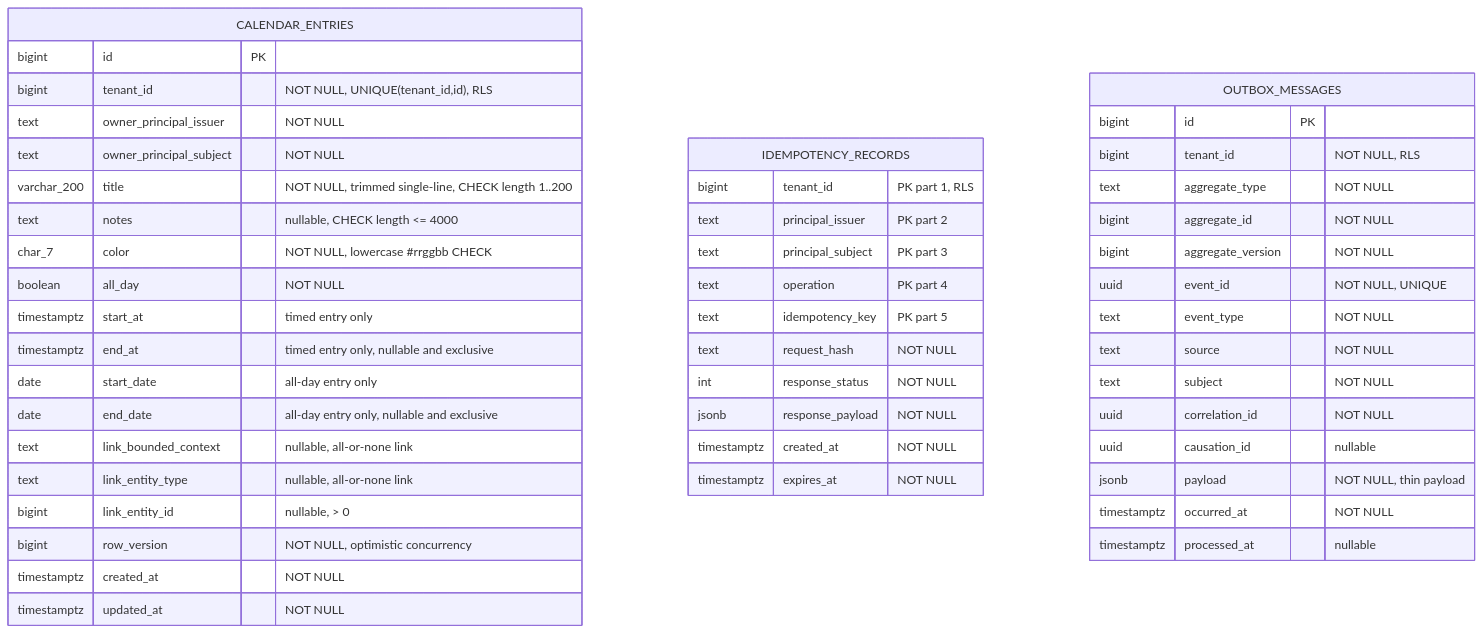
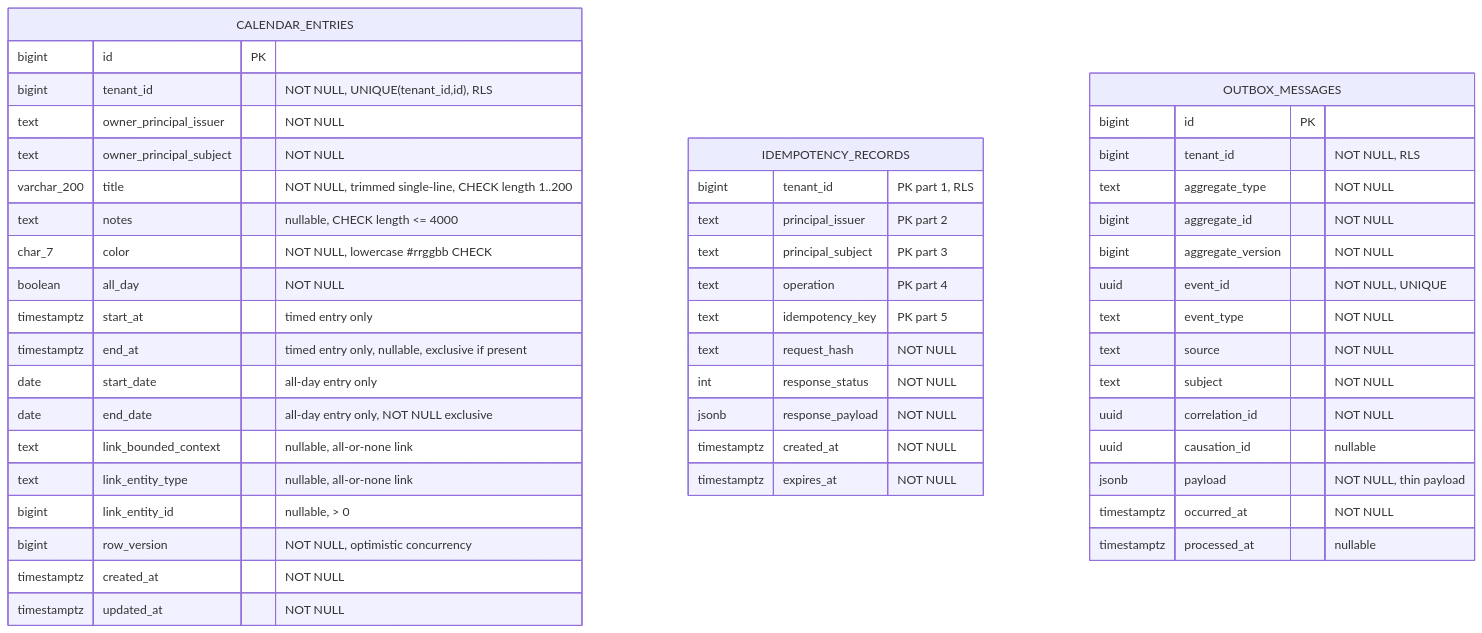
One commit to ibrahimtezvergil/fynovio-platform changed the diagram in docs/schema/collaboration-schema.md. Above: the diagram before and after it, drawn with Mermaid. The commit also changed other lines of this file and 11 other files, not shown here.

````diff
--- a/docs/schema/collaboration-schema.md
+++ b/docs/schema/collaboration-schema.md
@@ -23,53 +23,53 @@
 ```mermaid
 erDiagram
     CALENDAR_ENTRIES {
         bigint id PK
         bigint tenant_id "NOT NULL, UNIQUE(tenant_id,id), RLS"
         text owner_principal_issuer "NOT NULL"
         text owner_principal_subject "NOT NULL"
         varchar_200 title "NOT NULL, trimmed single-line, CHECK length 1..200"
         text notes "nullable, CHECK length <= 4000"
         char_7 color "NOT NULL, lowercase #rrggbb CHECK"
         boolean all_day "NOT NULL"
         timestamptz start_at "timed entry only"
-        timestamptz end_at "timed entry only, nullable and exclusive"
+        timestamptz end_at "timed entry only, nullable, exclusive if present"
         date start_date "all-day entry only"
-        date end_date "all-day entry only, nullable and exclusive"
+        date end_date "all-day entry only, NOT NULL exclusive"
         text link_bounded_context "nullable, all-or-none link"
         text link_entity_type "nullable, all-or-none link"
         bigint link_entity_id "nullable, > 0"
         bigint row_version "NOT NULL, optimistic concurrency"
         timestamptz created_at "NOT NULL"
         timestamptz updated_at "NOT NULL"
     }
 
     IDEMPOTENCY_RECORDS {
         bigint tenant_id "PK part 1, RLS"
         text principal_issuer "PK part 2"
         text principal_subject "PK part 3"
         text operation "PK part 4"
         text idempotency_key "PK part 5"
         text request_hash "NOT NULL"
         int response_status "NOT NULL"
         jsonb response_payload "NOT NULL"
         timestamptz created_at "NOT NULL"
         timestamptz expires_at "NOT NULL"
     }
 
     OUTBOX_MESSAGES {
         bigint id PK
         bigint tenant_id "NOT NULL, RLS"
         text aggregate_type "NOT NULL"
         bigint aggregate_id "NOT NULL"
         bigint aggregate_version "NOT NULL"
         uuid event_id "NOT NULL, UNIQUE"
         text event_type "NOT NULL"
         text source "NOT NULL"
         text subject "NOT NULL"
         uuid correlation_id "NOT NULL"
         uuid causation_id "nullable"
         jsonb payload "NOT NULL, thin payload"
         timestamptz occurred_at "NOT NULL"
         timestamptz processed_at "nullable"
     }
 ```
````
